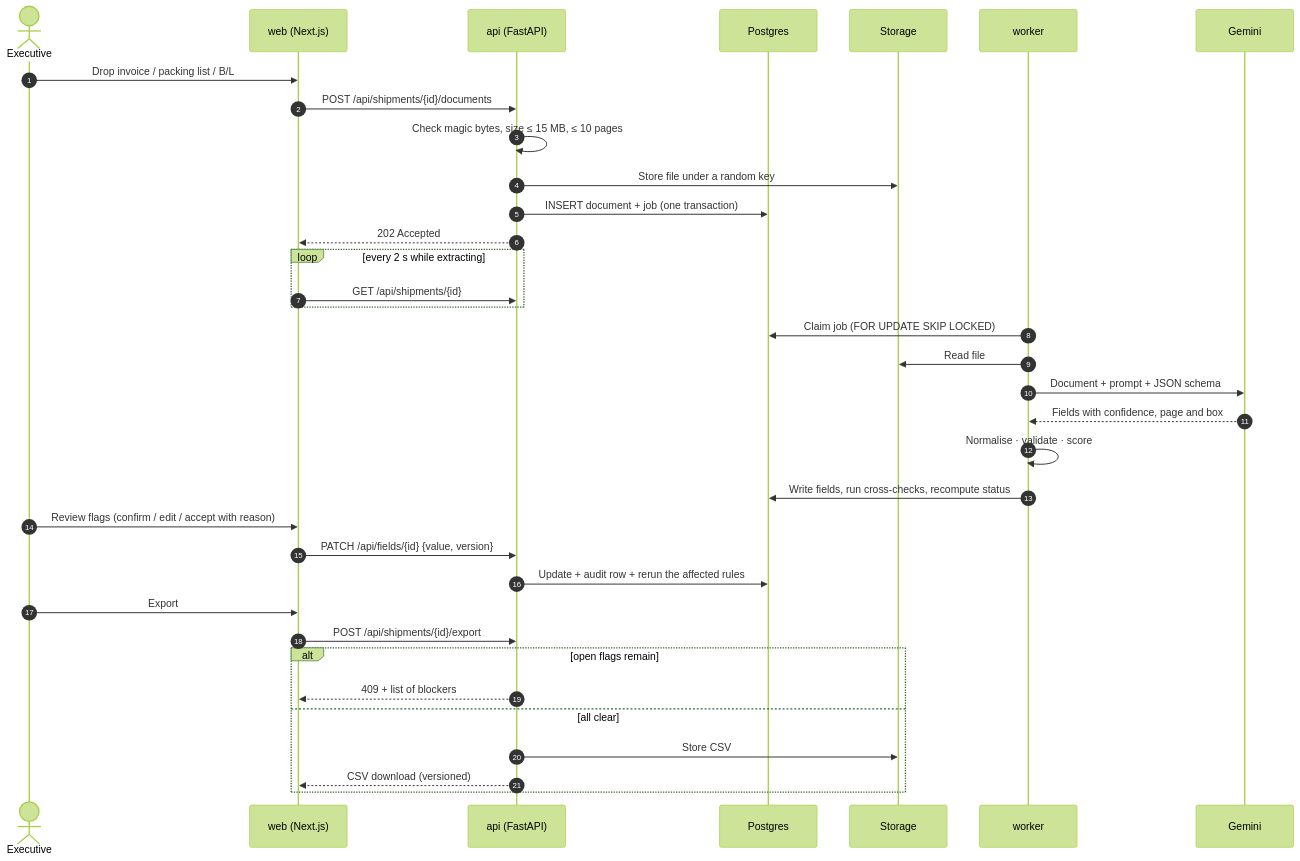
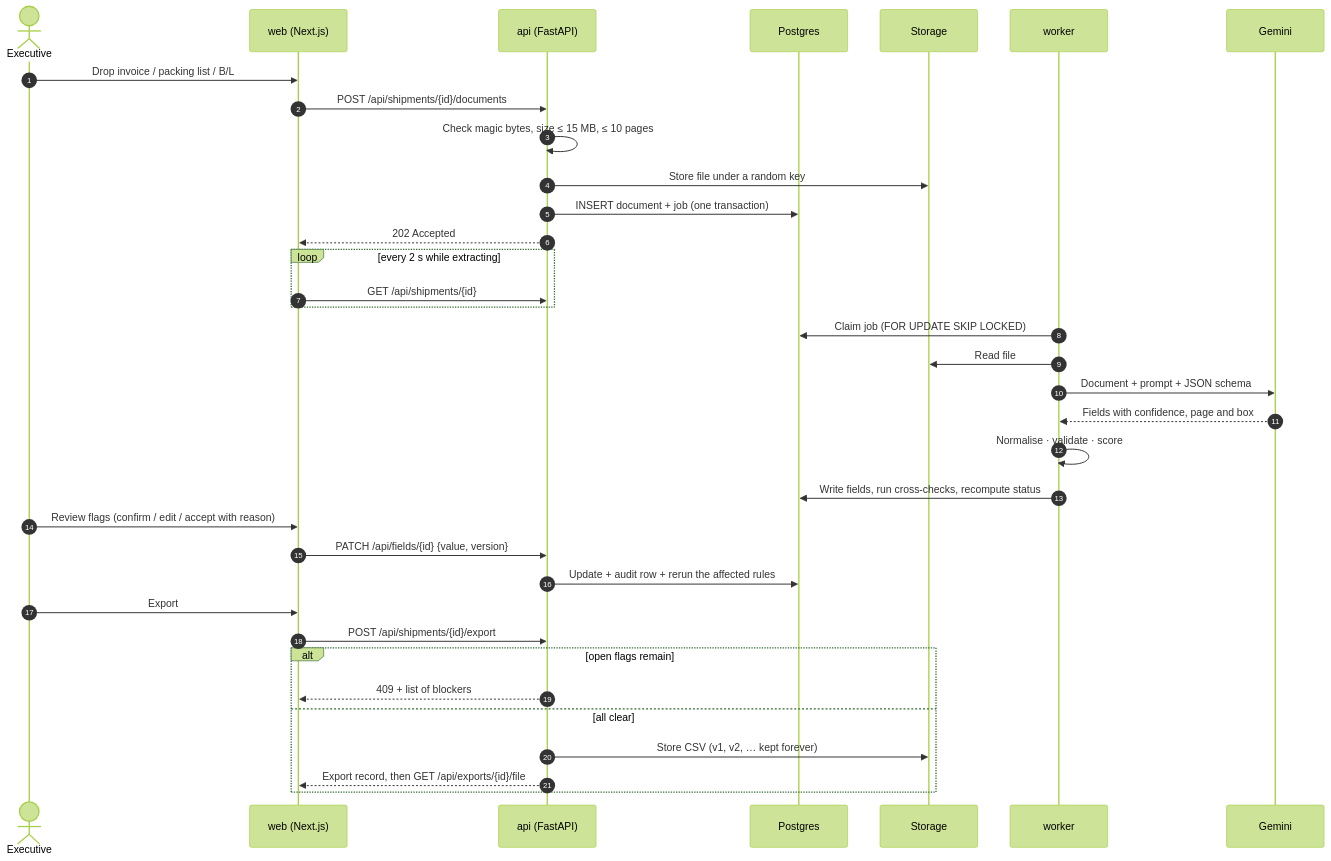
One commit to priyanshu14077/veridoc changed the second of 5 diagrams in README.md. Above: the diagram before and after it, drawn with Mermaid (forest theme). The commit also changed other lines of this file and 1 other file, not shown here.

Commit message:
docs: export gate, CSV layout, reopen and overrides log; assumptions A25–A28

````diff
--- a/README.md
+++ b/README.md
@@ -126,38 +130,38 @@
 ```mermaid
 sequenceDiagram
     autonumber
     actor E as Executive
     participant W as web (Next.js)
     participant A as api (FastAPI)
     participant DB as Postgres
     participant S as Storage
     participant K as worker
     participant G as Gemini
 
     E->>W: Drop invoice / packing list / B/L
     W->>A: POST /api/shipments/{id}/documents
     A->>A: Check magic bytes, size ≤ 15 MB, ≤ 10 pages
     A->>S: Store file under a random key
     A->>DB: INSERT document + job (one transaction)
     A-->>W: 202 Accepted
     loop every 2 s while extracting
         W->>A: GET /api/shipments/{id}
     end
     K->>DB: Claim job (FOR UPDATE SKIP LOCKED)
     K->>S: Read file
     K->>G: Document + prompt + JSON schema
     G-->>K: Fields with confidence, page and box
     K->>K: Normalise · validate · score
     K->>DB: Write fields, run cross-checks, recompute status
     E->>W: Review flags (confirm / edit / accept with reason)
     W->>A: PATCH /api/fields/{id} {value, version}
     A->>DB: Update + audit row + rerun the affected rules
     E->>W: Export
     W->>A: POST /api/shipments/{id}/export
     alt open flags remain
         A-->>W: 409 + list of blockers
     else all clear
-        A->>S: Store CSV
-        A-->>W: CSV download (versioned)
+        A->>S: Store CSV (v1, v2, … kept forever)
+        A-->>W: Export record, then GET /api/exports/{id}/file
     end
 ```
````
